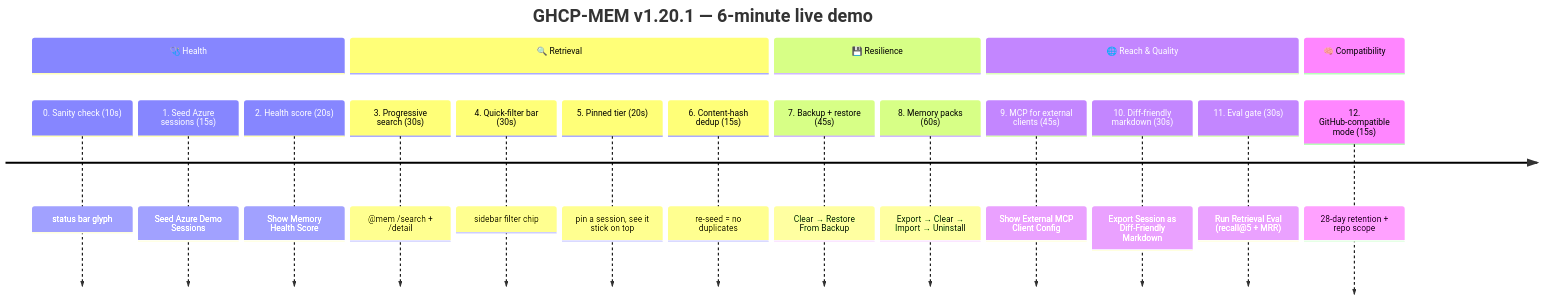
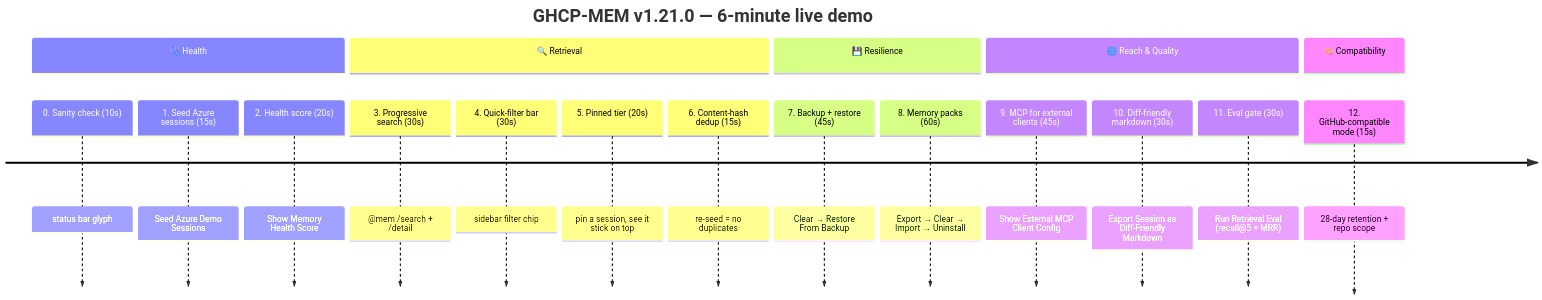
One commit to ITcredibl/ghcp-mem changed the first of 5 diagrams in docs/DEMO.md. Above: the diagram before and after it, drawn with Mermaid. The commit also changed other lines of this file and 13 other files, not shown here.

````diff
--- a/docs/DEMO.md
+++ b/docs/DEMO.md
@@ -20,22 +20,22 @@
 ```mermaid
 timeline
-    title GHCP-MEM v1.20.1 — 6-minute live demo
+    title GHCP-MEM v1.21.0 — 6-minute live demo
     section 🩺 Health
         0. Sanity check (10s)              : status bar glyph
         1. Seed Azure sessions (15s)       : Seed Azure Demo Sessions
         2. Health score (20s)              : Show Memory Health Score
     section 🔍 Retrieval
         3. Progressive search (30s)        : @mem /search + /detail
         4. Quick-filter bar (30s)          : sidebar filter chip
         5. Pinned tier (20s)               : pin a session, see it stick on top
         6. Content-hash dedup (15s)        : re-seed = no duplicates
     section 💾 Resilience
         7. Backup + restore (45s)          : Clear → Restore From Backup
         8. Memory packs (60s)              : Export → Clear → Import → Uninstall
     section 🌐 Reach & Quality
         9. MCP for external clients (45s)  : Show External MCP Client Config
         10. Diff-friendly markdown (30s)   : Export Session as Diff-Friendly Markdown
         11. Eval gate (30s)                : Run Retrieval Eval (recall@5 + MRR)
     section 🧠 Compatibility
         12. GitHub-compatible mode (15s)   : 28-day retention + repo scope
 ```
````
